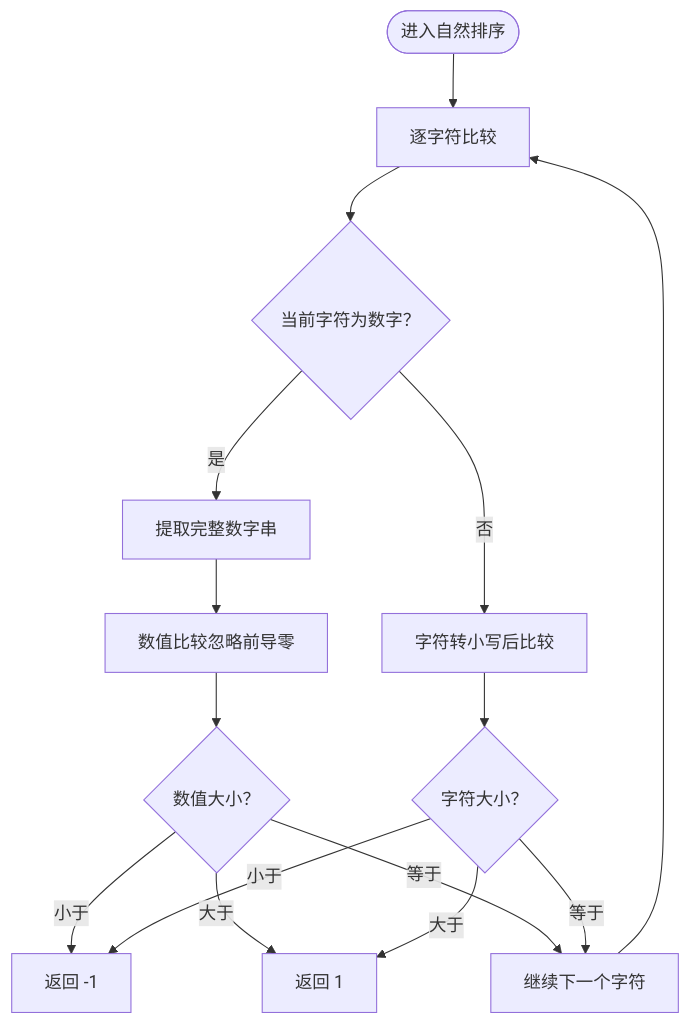
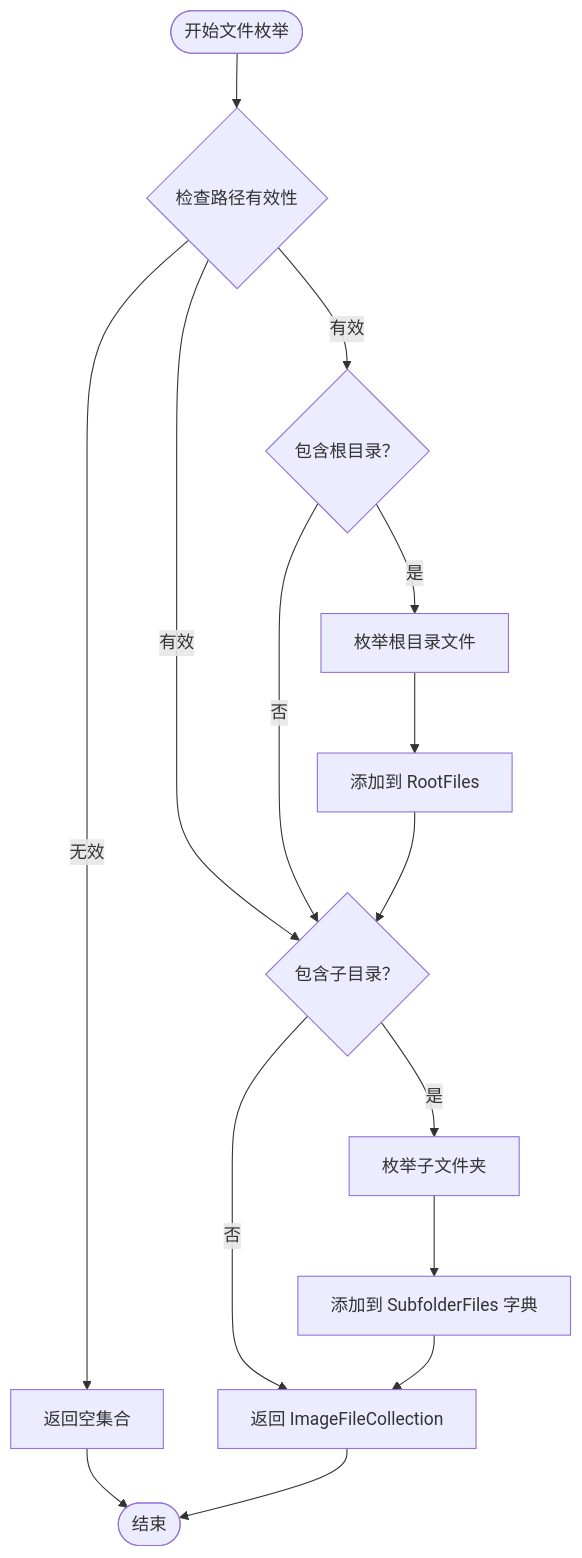
The third of 5 diagrams in .qoder/repowiki/zh/content/核心功能/文件系统操作.md (rainiva/WordTools), drawn with Mermaid before and after one commit. The commit also changed other lines of this file and 8 other files, not shown here.

Commit message:
perf: 大表格插图性能优化-清理编号与计算起始号瓶颈修复+诊断计时

````diff
--- a/.qoder/repowiki/zh/content/核心功能/文件系统操作.md
+++ b/.qoder/repowiki/zh/content/核心功能/文件系统操作.md
@@ -179,17 +196,17 @@
 ```mermaid
 flowchart TD
-Start(["进入自然排序"]) --> Split["逐字符比较"]
-Split --> IsDigit{"当前字符为数字？"}
-IsDigit --> |是| Extract["提取完整数字串"]
-Extract --> NumCmp["数值比较忽略前导零"]
-NumCmp --> Result1{"数值大小？"}
-Result1 --> |小于| ReturnNeg["返回 -1"]
-Result1 --> |大于| ReturnPos["返回 1"]
-Result1 --> |等于| NextChar["继续下一个字符"]
-IsDigit --> |否| CaseCmp["字符转小写后比较"]
-CaseCmp --> Result2{"字符大小？"}
-Result2 --> |小于| ReturnNeg
-Result2 --> |大于| ReturnPos
-Result2 --> |等于| NextChar
-NextChar --> Split
+Start(["开始文件枚举"]) --> CheckPath{"检查路径有效性"}
+CheckPath --> |无效| ReturnEmpty["返回空集合"]
+CheckPath --> |有效| CheckRoot{"包含根目录？"}
+CheckPath --> |有效| CheckSub{"包含子目录？"}
+CheckRoot --> |是| EnumerateRoot["枚举根目录文件"]
+EnumerateRoot --> AddRoot["添加到 RootFiles"]
+CheckRoot --> |否| CheckSub
+CheckSub --> |是| EnumerateSub["枚举子文件夹"]
+EnumerateSub --> AddSub["添加到 SubfolderFiles 字典"]
+CheckSub --> |否| ReturnResult["返回 ImageFileCollection"]
+AddRoot --> CheckSub
+AddSub --> ReturnResult
+ReturnEmpty --> End(["结束"])
+ReturnResult --> End
 ```
````
